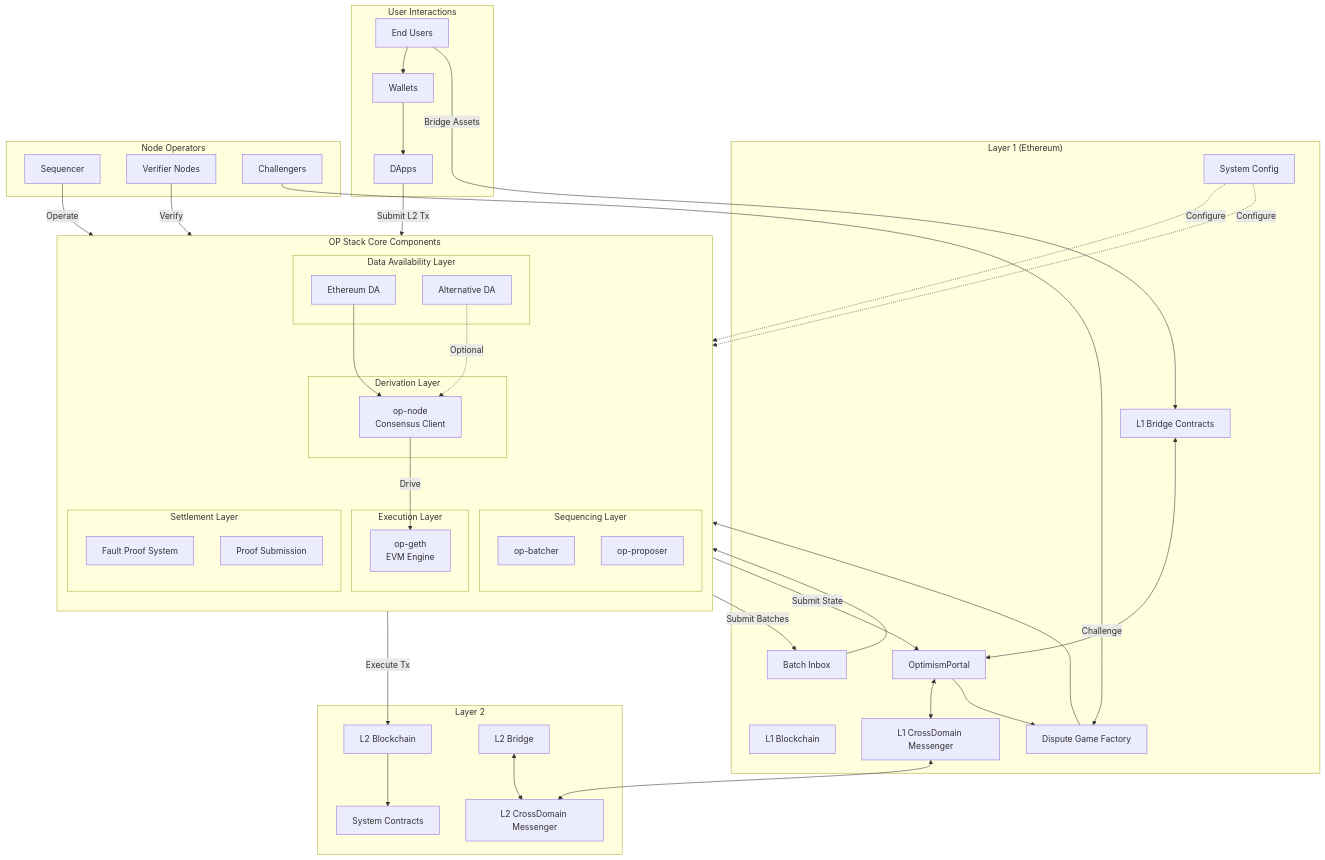
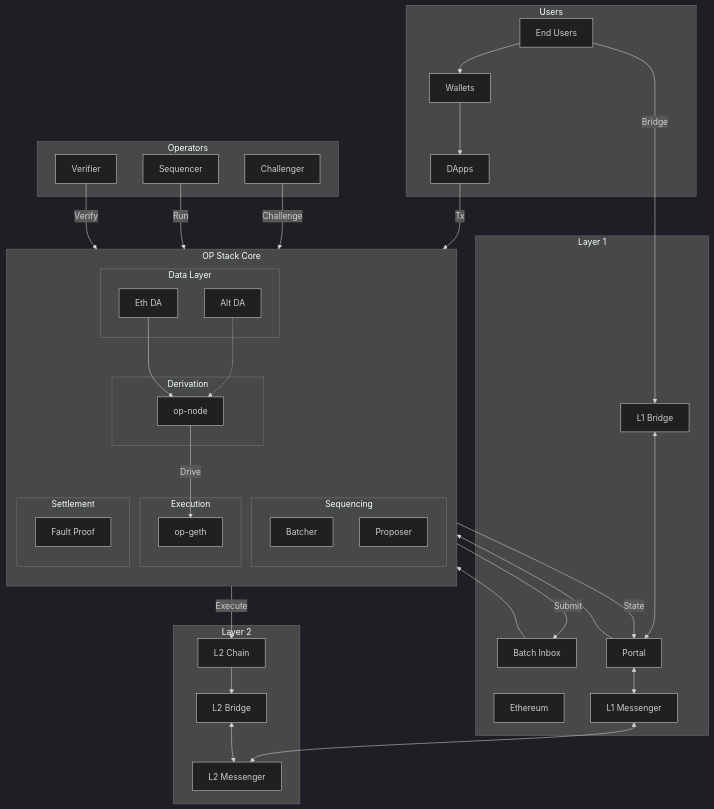
Before and after one commit to gmh5225/Optimism-Stack-Architecture: the diagram in README.md, drawn with Mermaid.

````diff
--- a/README.md
+++ b/README.md
@@ -4,97 +4,82 @@
 ```mermaid
+%%{init: {'theme': 'dark', 'themeVariables': { 'fontSize': '16px', 'fontFamily': 'arial' }}}%%
 graph TB
-    subgraph "Layer 1 (Ethereum)"
-        L1[L1 Blockchain]
-        BatchInbox[Batch Inbox]
-        Portal[OptimismPortal]
-        L1Bridge[L1 Bridge Contracts]
-        L1CrossDomain[L1 CrossDomain Messenger]
-        DisputeGame[Dispute Game Factory]
-        SystemConfig[System Config]
+    subgraph L1[Layer 1]
+        Eth[Ethereum]
+        Inbox[Batch Inbox]
+        Portal[Portal]
+        Bridge1[L1 Bridge]
+        Msg1[L1 Messenger]
     end
 
-    subgraph "OP Stack Core Components"
+    subgraph Core[OP Stack Core]
         direction TB
         
-        subgraph "Data Availability Layer"
-            EthDA[Ethereum DA]
-            AltDA[Alternative DA]
+        subgraph DA[Data Layer]
+            EthDA[Eth DA]
+            AltDA[Alt DA]
         end
         
-        subgraph "Derivation Layer"
-            OpNode[op-node<br/>Consensus Client]
+        subgraph DL[Derivation]
+            Node[op-node]
         end
         
-        subgraph "Execution Layer"
-            OpGeth[op-geth<br/>EVM Engine]
+        subgraph EL[Execution]
+            Geth[op-geth]
         end
         
-        subgraph "Sequencing Layer"
-            Batcher[op-batcher]
-            Proposer[op-proposer]
+        subgraph SL[Sequencing]
+            Batch[Batcher]
+            Prop[Proposer]
         end
 
-        subgraph "Settlement Layer"
-            FaultProof[Fault Proof System]
-            ProofSubmission[Proof Submission]
+        subgraph ST[Settlement]
+            Proof[Fault Proof]
         end
     end
 
-    subgraph "Layer 2"
-        L2[L2 Blockchain]
-        L2Bridge[L2 Bridge]
-        L2CrossDomain[L2 CrossDomain Messenger]
-        Predeploys[System Contracts]
+    subgraph L2[Layer 2]
+        Chain[L2 Chain]
+        Bridge2[L2 Bridge]
+        Msg2[L2 Messenger]
     end
 
-    subgraph "User Interactions"
-        Users[End Users]
-        Dapps[DApps]
-        Wallets[Wallets]
+    subgraph Users[Users]
+        End[End Users]
+        Apps[DApps]
+        Wallet[Wallets]
     end
 
-    subgraph "Node Operators"
-        Sequencer[Sequencer]
-        Verifier[Verifier Nodes]
-        Challenger[Challengers]
+    subgraph Nodes[Operators]
+        Seq[Sequencer]
+        Ver[Verifier]
+        Chal[Challenger]
     end
 
-    %% User Transaction Flow
-    Users --> Wallets
-    Wallets --> Dapps
-    Dapps -->|Submit L2 Tx| OpGeth
-    Users -->|Bridge Assets| L1Bridge
+    %% Key Flows
+    End --> Wallet --> Apps
+    Apps -->|Tx| Geth
+    End -->|Bridge| Bridge1
     
-    %% L1 -> L2 Flow
-    L1Bridge <--> Portal
-    Portal <--> L1CrossDomain
-    L1CrossDomain <--> L2CrossDomain
+    Bridge1 <--> Portal
+    Portal <--> Msg1
+    Msg1 <--> Msg2
     
-    %% Sequencing Flow
-    OpGeth -->|Execute Tx| L2
-    OpNode -->|Drive| OpGeth
-    Batcher -->|Submit Batches| BatchInbox
-    BatchInbox --> OpNode
+    Geth -->|Execute| Chain
+    Node -->|Drive| Geth
+    Batch -->|Submit| Inbox
+    Inbox --> Node
     
-    %% Settlement Flow
-    Proposer -->|Submit State| Portal
-    Portal --> DisputeGame
-    Challenger -->|Challenge| DisputeGame
-    DisputeGame --> FaultProof
+    Prop -->|State| Portal
+    Portal --> Proof
+    Chal -->|Challenge| Proof
     
-    %% Data Flow
-    EthDA --> OpNode
-    AltDA -.->|Optional| OpNode
+    EthDA --> Node
+    AltDA -.-> Node
     
-    %% Node Operations
-    Sequencer -->|Operate| OpGeth
-    Verifier -->|Verify| OpNode
-    
-    %% System Config
-    SystemConfig -.->|Configure| OpNode
-    SystemConfig -.->|Configure| OpGeth
+    Seq -->|Run| Geth
+    Ver -->|Verify| Node
 
-    %% L2 Components
-    L2 --> Predeploys
-    L2Bridge <--> L2CrossDomain
+    Chain --> Bridge2
+    Bridge2 <--> Msg2
 ```
````
